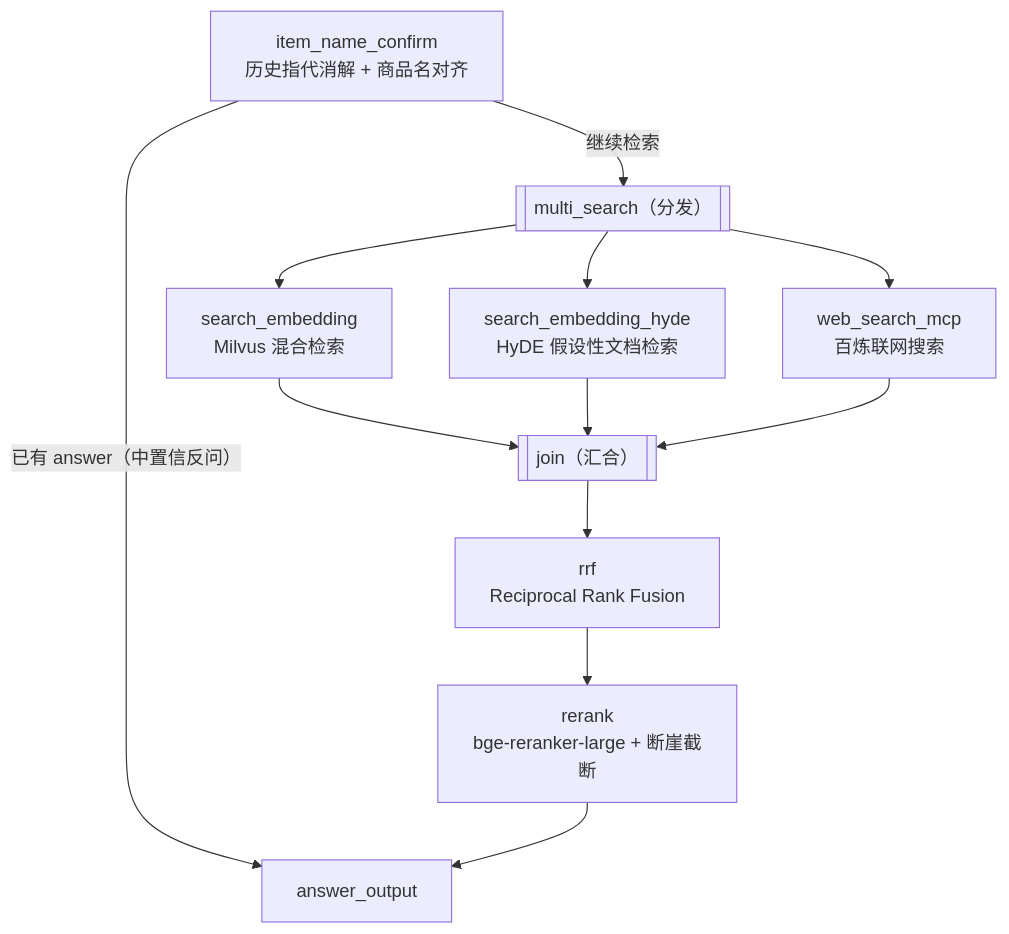
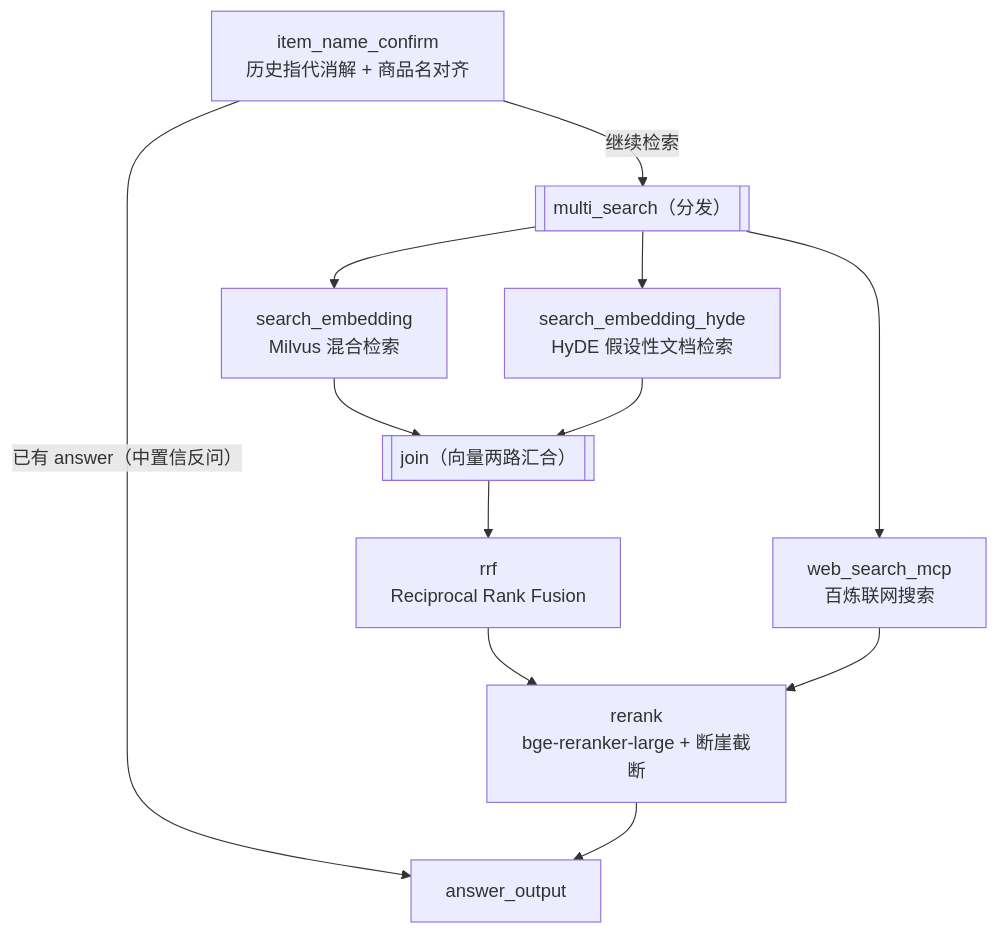
The third of 3 diagrams in README.md (yankess233/device-manual-qa-platform), drawn with Mermaid before and after one commit. The commit also changed other lines of this file and 2 other files, not shown here.

````diff
--- a/README.md
+++ b/README.md
@@ -143,14 +143,14 @@
 ```mermaid
 flowchart TD
     S["item_name_confirm<br/>历史指代消解 + 商品名对齐"] -->|"已有 answer（中置信反问）"| A["answer_output"]
     S -->|"继续检索"| M[["multi_search（分发）"]]
     M --> V["search_embedding<br/>Milvus 混合检索"]
     M --> H["search_embedding_hyde<br/>HyDE 假设性文档检索"]
     M --> W["web_search_mcp<br/>百炼联网搜索"]
-    V --> J[["join（汇合）"]]
+    V --> J[["join（向量两路汇合）"]]
     H --> J
-    W --> J
     J --> R["rrf<br/>Reciprocal Rank Fusion"]
     R --> RR["rerank<br/>bge-reranker-large + 断崖截断"]
+    W --> RR
     RR --> A
 ```
````
